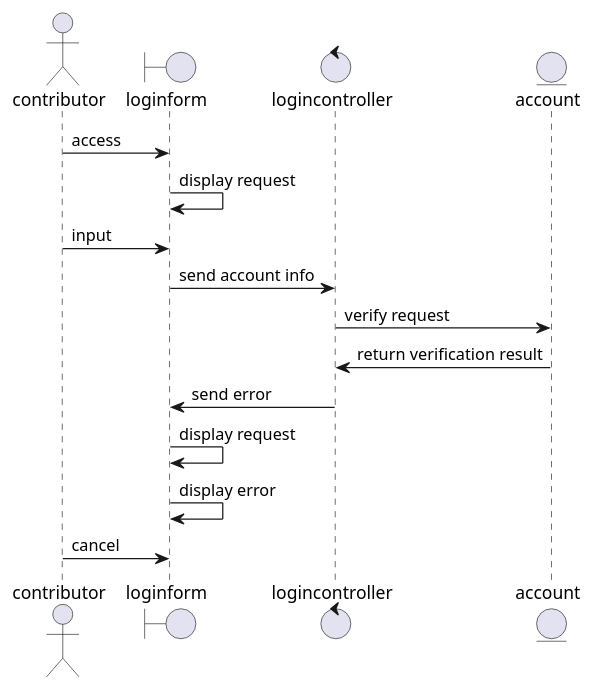
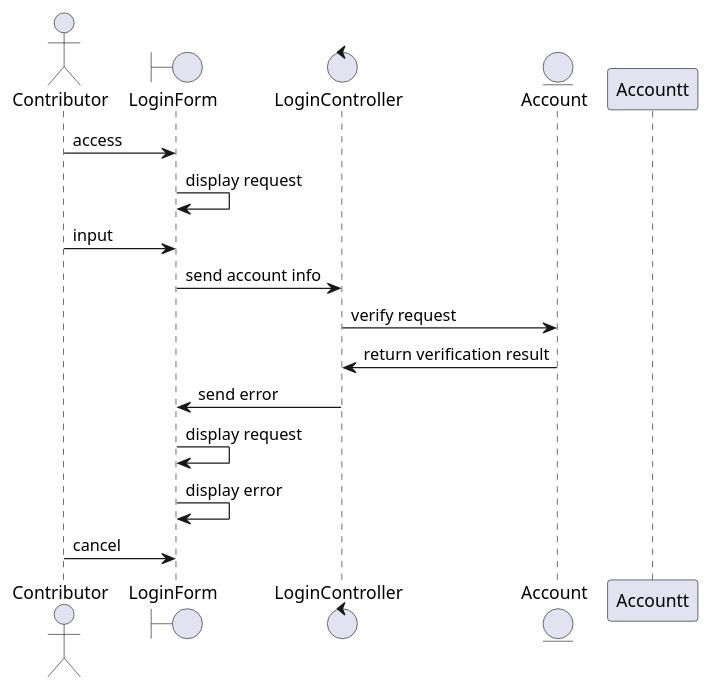
One commit to McSinyx/ipppi changed the fourth of 9 diagrams in source/solution/use-case-analysis.rst. Above: the diagram before and after it, drawn with PlantUML. The commit also changed other lines of this file, not shown here.

```diff
--- a/source/solution/use-case-analysis.rst
+++ b/source/solution/use-case-analysis.rst
@@ -102,21 +102,21 @@
 .. uml::
 
-   actor contributor
-   boundary loginform
-   control logincontroller
-   entity account
+   actor Contributor
+   boundary LoginForm
+   control LoginController
+   entity Account
 
-   contributor -> loginform:access
-   loginform -> loginform : display request
-   contributor -> loginform : input
-   loginform -> logincontroller : send account info
-   logincontroller -> account : verify request
-   account -> logincontroller : return verification result
-   logincontroller -> loginform : send error
-   loginform -> loginform : display request
-   loginform -> loginform : display error
-   contributor -> loginform : cancel
-   deactivate account
-   deactivate logincontroller
-   deactivate loginform
-   deactivate contributor
+   Contributor -> LoginForm : access
+   LoginForm -> LoginForm : display request
+   Contributor -> LoginForm : input
+   LoginForm -> LoginController : send account info
+   LoginController -> Account : verify request
+   Account -> LoginController : return verification result
+   LoginController -> LoginForm : send error
+   LoginForm -> LoginForm : display request
+   LoginForm -> LoginForm : display error
+   Contributor -> LoginForm : cancel
+   deactivate Accountt
+   deactivate LoginController
+   deactivate LoginForm
+   deactivate Contributor
```
